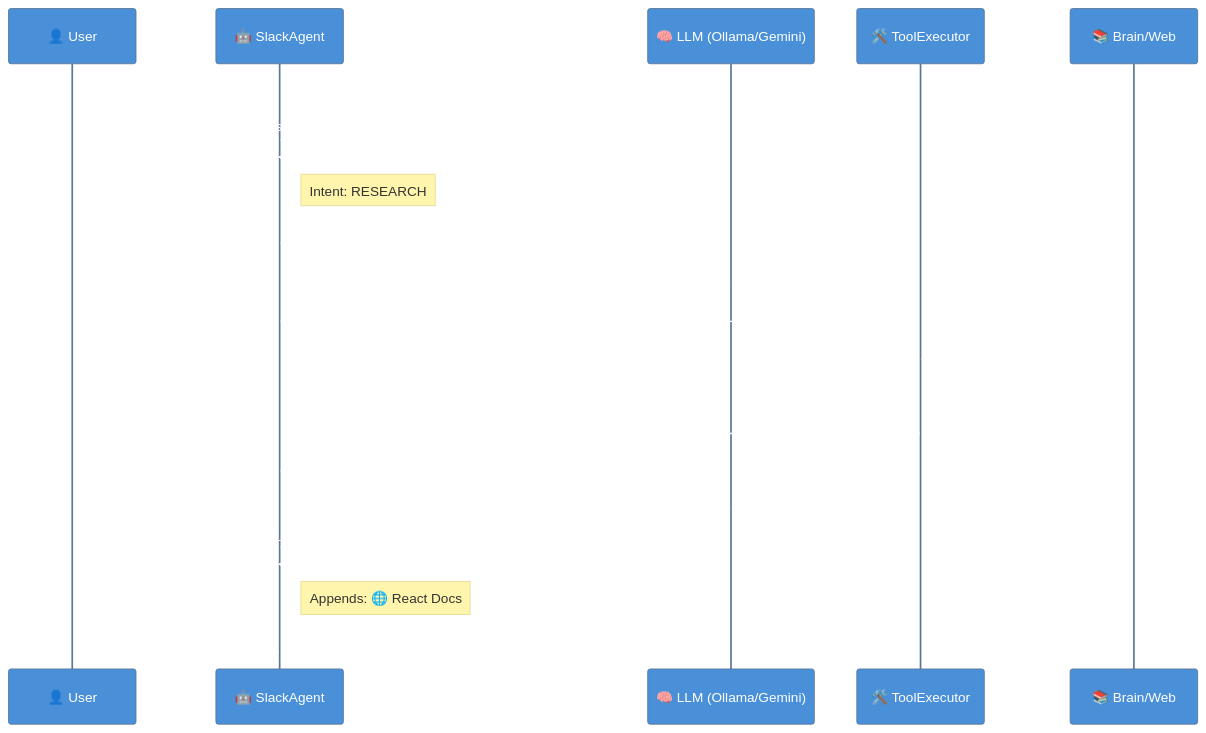
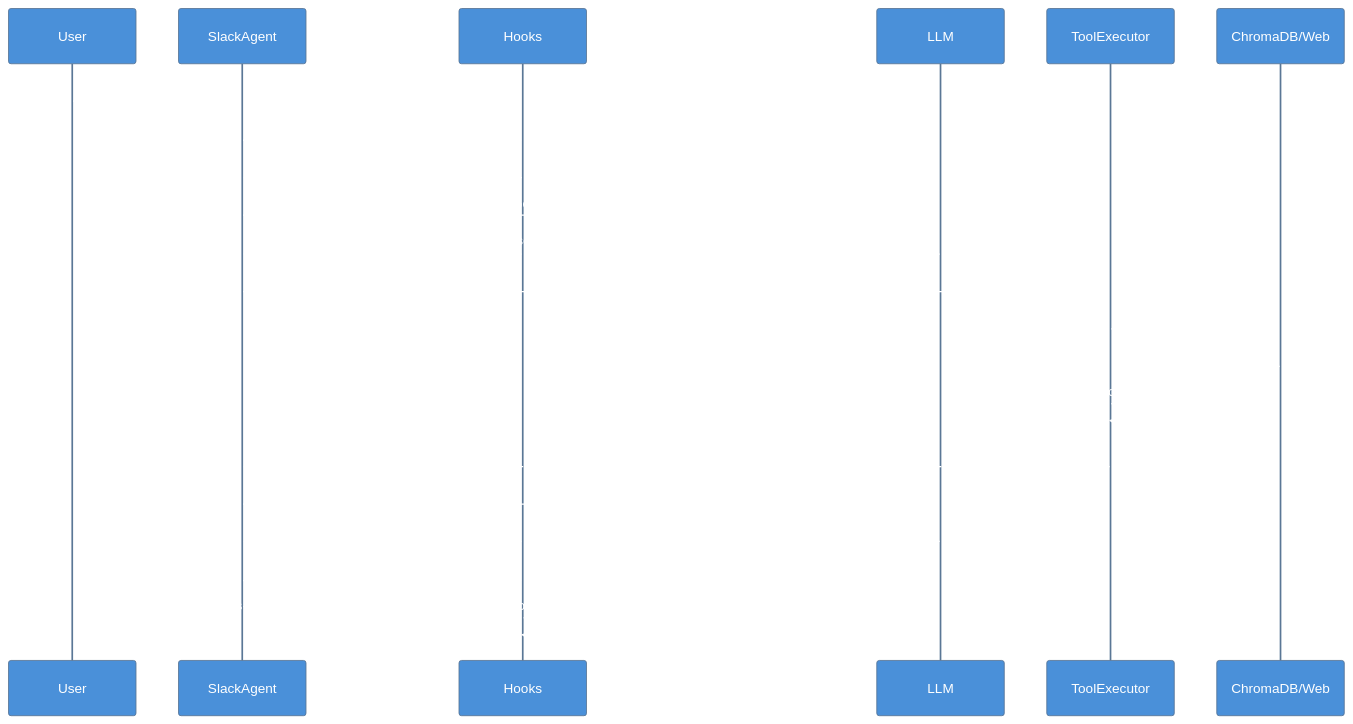
Before and after one commit to earchibald/home-brain: the diagram in docs/report_images/tool_loop_sequence.mmd, drawn with Mermaid. The commit also changed 2 other files, not shown here.

```diff
--- a/docs/report_images/tool_loop_sequence.mmd
+++ b/docs/report_images/tool_loop_sequence.mmd
@@ -1,27 +1,27 @@
 %%{init: {'theme': 'base', 'themeVariables': { 'primaryColor': '#4a90d9', 'primaryTextColor': '#fff', 'lineColor': '#5a6f85'}}}%%
 sequenceDiagram
-    participant User as 👤 User
-    participant Agent as 🤖 SlackAgent
-    participant LLM as 🧠 LLM (Ollama/Gemini)
-    participant Tools as 🛠️ ToolExecutor
-    participant Brain as 📚 Brain/Web
+    participant User as User
+    participant Agent as SlackAgent
+    participant Hooks as Hooks
+    participant LLM as LLM
+    participant Tools as ToolExecutor
+    participant Brain as ChromaDB/Web
 
-    User->>Agent: "Find strict React hooks"
-    Agent->>Agent: intent_classifier_hook()
-    Note right of Agent: Intent: RESEARCH
+    User->>Agent: Message received
+    Agent->>Hooks: Pre-process: intent_classifier_hook()
+    Hooks-->>Agent: Intent: RESEARCH
     
-    Agent->>LLM: Generate response (with tools)
-    LLM->>Agent: <tool_code>web_search("React hooks strict mode")</tool_code>
+    Agent->>LLM: Generate (tools available)
+    LLM-->>Agent: tool_use: web_search("React hooks")
     
-    Agent->>Tools: execute("web_search", ...)
-    Tools->>Brain: Fetch duckduckgo results
-    Brain->>Tools: Returns snippets & URLs
-    Tools->>Agent: ToolResult(output="...", sensitive=False)
+    Agent->>Tools: Execute tool
+    Tools->>Brain: Fetch results
+    Brain-->>Tools: Snippets + URLs
+    Tools->>Tools: Record sources to tracker
+    Tools-->>Agent: ToolResult
     
-    Agent->>LLM: Tool Result Context + Original Question
-    LLM->>Agent: Final Answer: "According to the docs..."
+    Agent->>LLM: Tool context + original question
+    LLM-->>Agent: Final answer text
     
-    Agent->>Agent: citation_hook()
-    Note right of Agent: Appends: 🌐 React Docs
-    
-    Agent->>User: Final Response
+    Agent->>Hooks: Post-process: citation_hook()
+    Hooks->>Hooks: Format    Hooks->>Hooks: Format    Hooks->>Hooks: Format    Hooks->>Hooks: Format    Hooks->>Hooksesponse with citations
```
